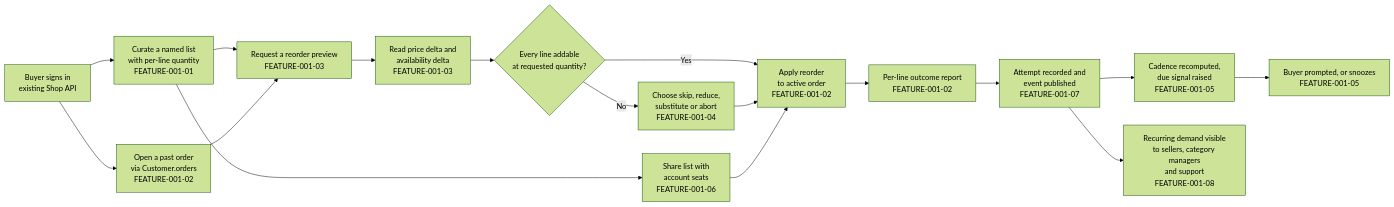
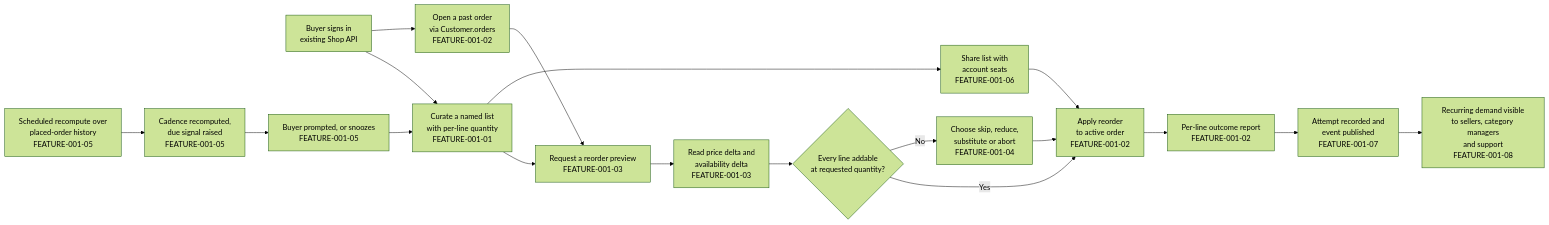
The first of 2 diagrams in tickets/EPIC-001-reorder-and-replenishment.md (blitzy-public-samples/vendure), drawn with Mermaid (forest theme) before and after one commit. The commit also changed other lines of this file and 10 other files, not shown here.

````diff
--- a/tickets/EPIC-001-reorder-and-replenishment.md
+++ b/tickets/EPIC-001-reorder-and-replenishment.md
@@ -49,21 +57,29 @@
 ```mermaid
 flowchart LR
     A["Buyer signs in<br/>existing Shop API"] --> B["Curate a named list<br/>with per-line quantity<br/>FEATURE-001-01"]
     A --> C["Open a past order<br/>via Customer.orders<br/>FEATURE-001-02"]
     B --> D["Request a reorder preview<br/>FEATURE-001-03"]
     C --> D
     D --> E["Read price delta and<br/>availability delta<br/>FEATURE-001-03"]
     E --> F{"Every line addable<br/>at requested quantity?"}
     F -- "Yes" --> H["Apply reorder<br/>to active order<br/>FEATURE-001-02"]
     F -- "No" --> G["Choose skip, reduce,<br/>substitute or abort<br/>FEATURE-001-04"]
     G --> H
     H --> I["Per-line outcome report<br/>FEATURE-001-02"]
     I --> J["Attempt recorded and<br/>event published<br/>FEATURE-001-07"]
-    J --> K["Cadence recomputed,<br/>due signal raised<br/>FEATURE-001-05"]
+    SCH["Scheduled recompute over<br/>placed-order history<br/>FEATURE-001-05"] --> K["Cadence recomputed,<br/>due signal raised<br/>FEATURE-001-05"]
     K --> L["Buyer prompted, or snoozes<br/>FEATURE-001-05"]
+    L --> B
     J --> M["Recurring demand visible<br/>to sellers, category managers<br/>and support<br/>FEATURE-001-08"]
     B --> N["Share list with<br/>account seats<br/>FEATURE-001-06"]
     N --> H
     %% Checkout, payment and fulfilment are deliberately absent: the journey ends at a populated cart.
     %% The delta read at E is point-in-time and is not a stock reservation.
+    %% NO edge runs from J to K, and that is deliberate. The cadence recompute is not triggered
+    %% by a reorder attempt and does not consume the events published at J: it is a scheduled
+    %% task deriving intervals from placed-order history, so its entry point is SCH. Section 5
+    %% records the reason a transient in-process announcement cannot feed a computation whose
+    %% correctness requires a complete history.
+    %% The L-to-B edge closes the loop through the BUYER, not through code: a due signal prompts
+    %% a buyer, who starts the journey again. No feature reads another's output across it.
 ```
````
